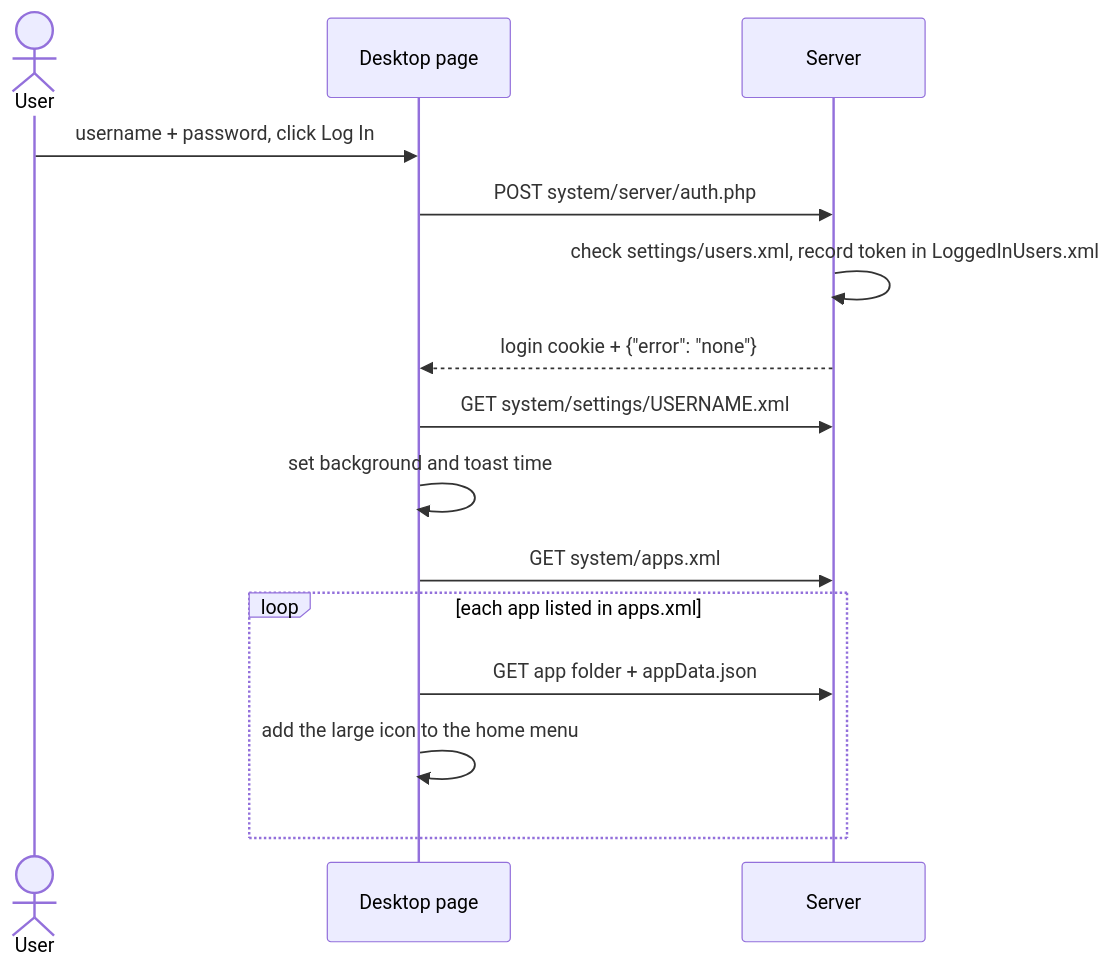
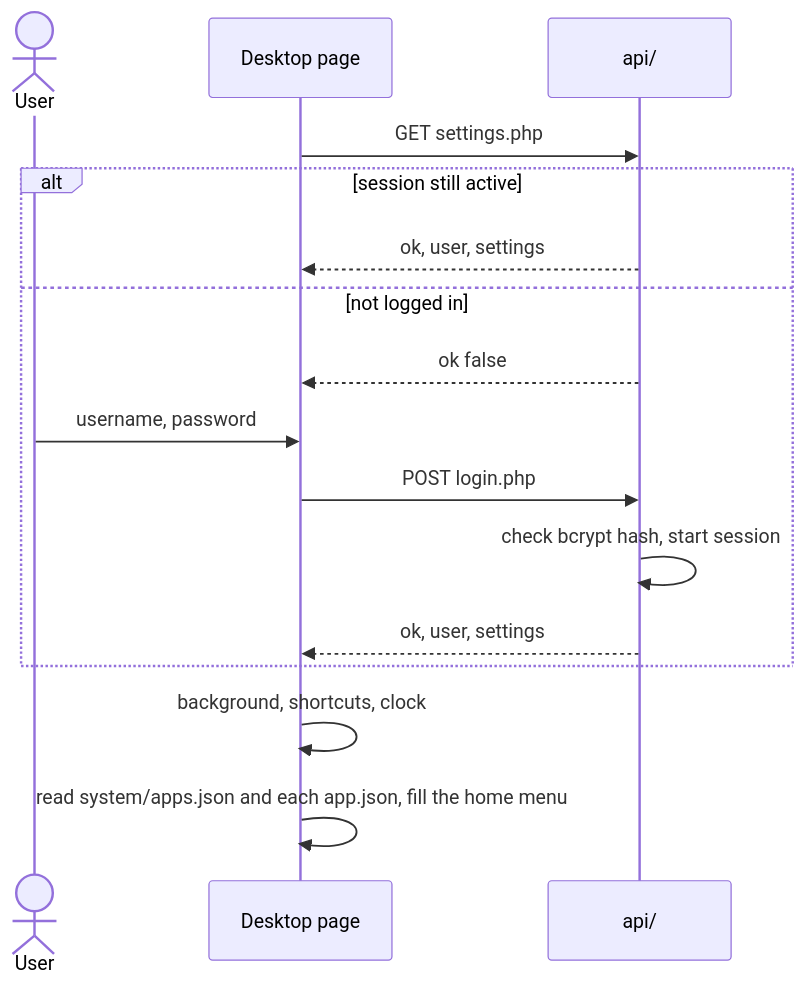
Before and after one commit to rwarouw00/peer-os: the second of 3 diagrams in wiki3/architecture.md, drawn with Mermaid. The commit also changed other lines of this file and 83 other files, not shown here.

````diff
--- a/wiki3/architecture.md
+++ b/wiki3/architecture.md
@@ -40,17 +70,18 @@
 ```mermaid
 sequenceDiagram
     actor User
     participant D as Desktop page
-    participant S as Server
-    User->>D: username + password, click Log In
-    D->>S: POST system/server/auth.php
-    S->>S: check settings/users.xml, record token in LoggedInUsers.xml
-    S-->>D: login cookie + {"error": "none"}
-    D->>S: GET system/settings/USERNAME.xml
-    D->>D: set background and toast time
-    D->>S: GET system/apps.xml
-    loop each app listed in apps.xml
-        D->>S: GET app folder + appData.json
-        D->>D: add the large icon to the home menu
+    participant A as api/
+    D->>A: GET settings.php
+    alt session still active
+        A-->>D: ok, user, settings
+    else not logged in
+        A-->>D: ok false
+        User->>D: username, password
+        D->>A: POST login.php
+        A->>A: check bcrypt hash, start session
+        A-->>D: ok, user, settings
     end
+    D->>D: background, shortcuts, clock
+    D->>D: read system/apps.json and each app.json, fill the home menu
 ```
````
